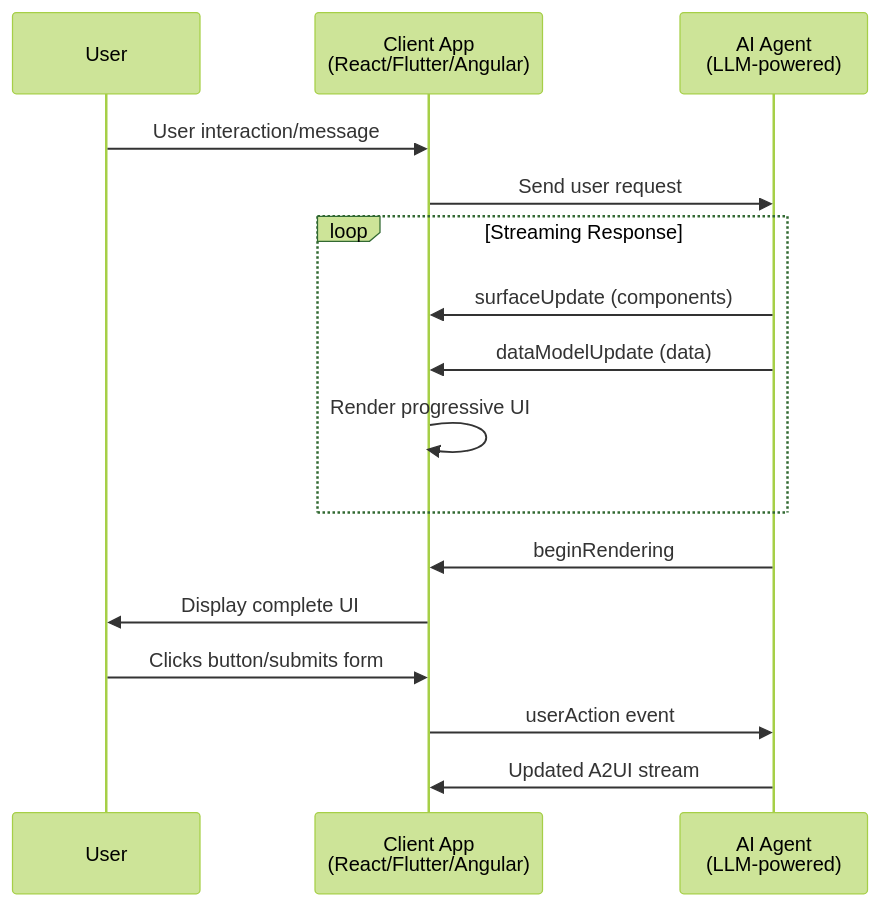
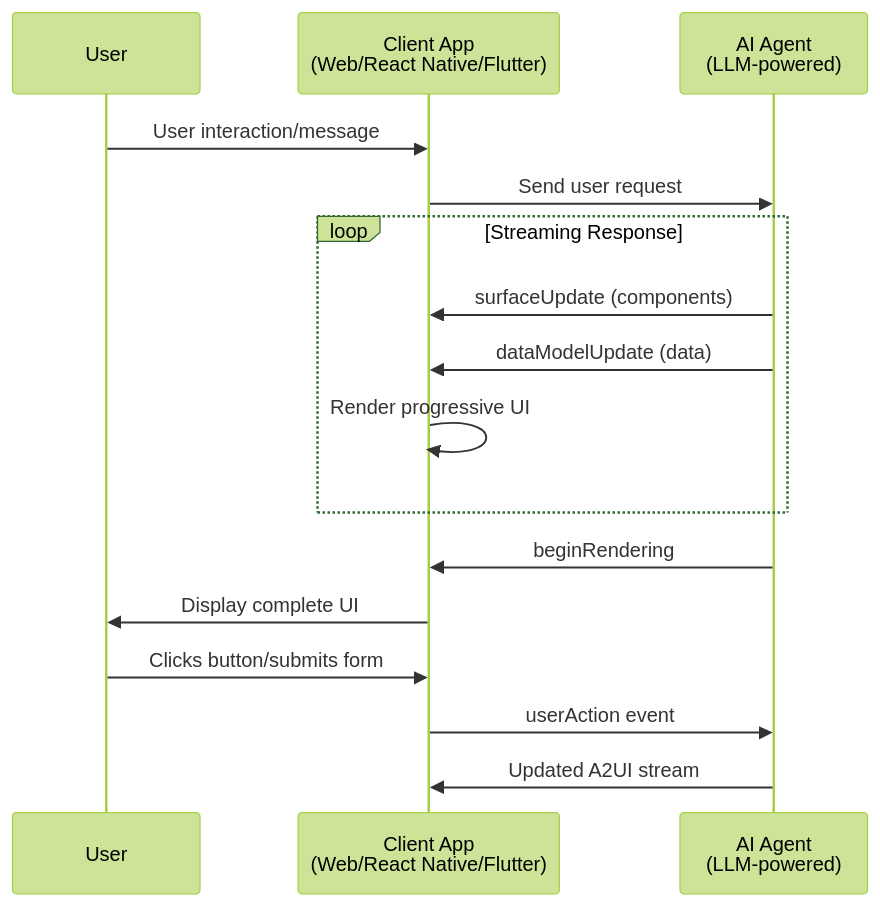
The fourth of 4 diagrams in docs/AI/A2UI/00_overview.md (imagarg01/LearningStuff), drawn with Mermaid (forest theme) before and after one commit. The commit also changed other lines of this file and 215 other files, not shown here.

````diff
--- a/docs/AI/A2UI/00_overview.md
+++ b/docs/AI/A2UI/00_overview.md
@@ -50,22 +78,22 @@
 ```mermaid
 sequenceDiagram
     participant User
-    participant Client as Client App<br/>(React/Flutter/Angular)
+    participant Client as Client App<br/>(Web/React Native/Flutter)
     participant Agent as AI Agent<br/>(LLM-powered)
     
     User->>Client: User interaction/message
     Client->>Agent: Send user request
     
     loop Streaming Response
         Agent->>Client: surfaceUpdate (components)
         Agent->>Client: dataModelUpdate (data)
         Client->>Client: Render progressive UI
     end
     
     Agent->>Client: beginRendering
     Client->>User: Display complete UI
     
     User->>Client: Clicks button/submits form
     Client->>Agent: userAction event
     Agent->>Client: Updated A2UI stream
 ```
````
